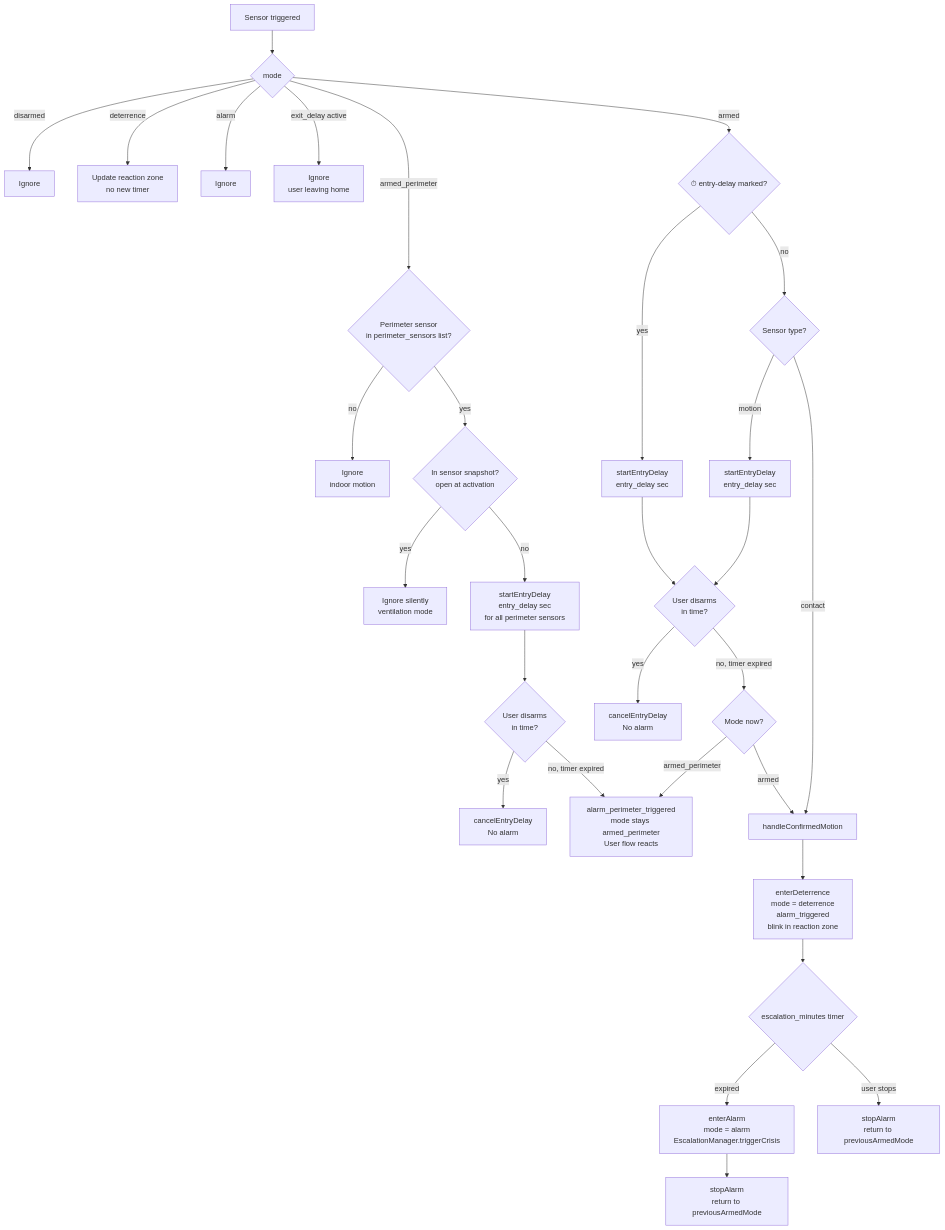
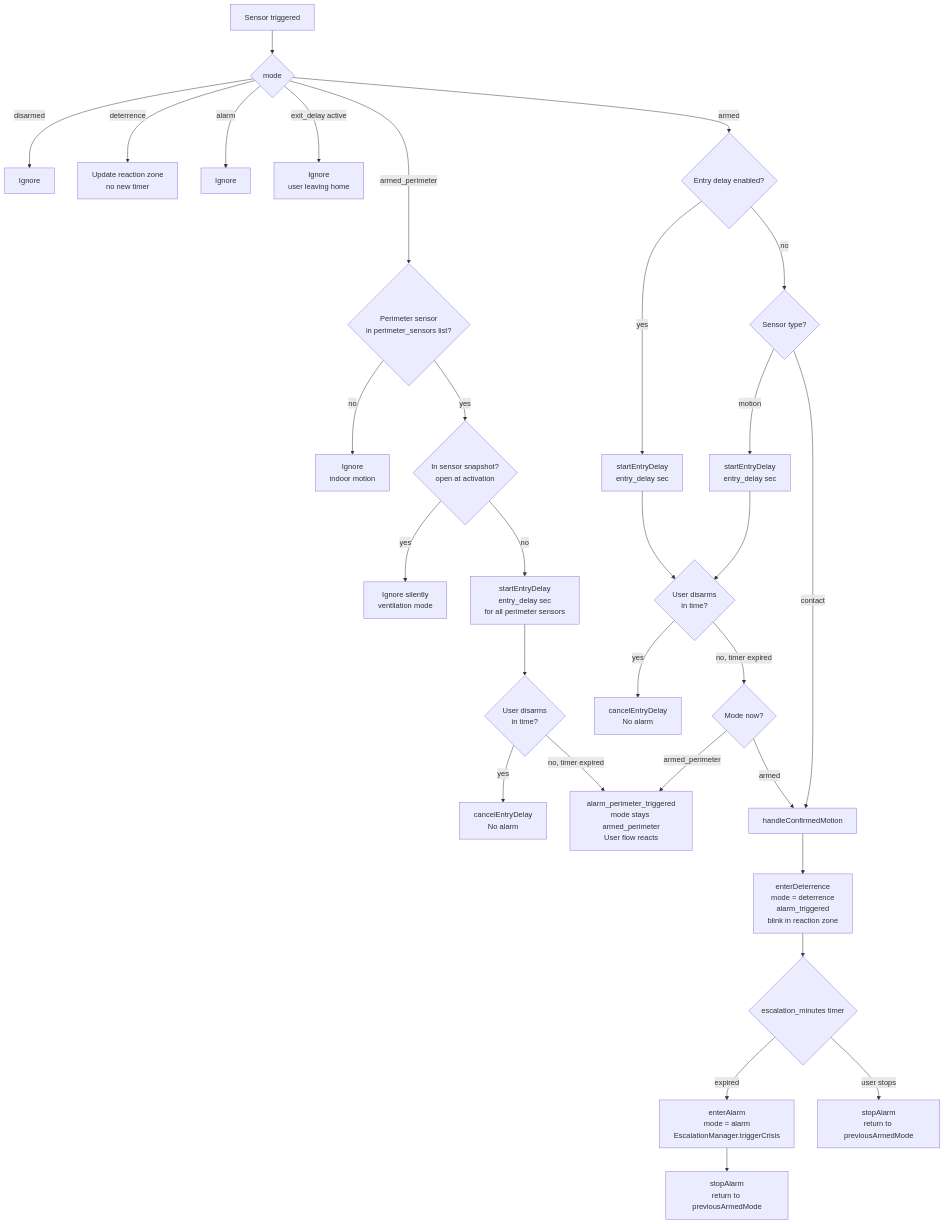
One commit to thomasekdahlN/homey-mccallisterguard changed the third of 6 diagrams in README.md. Above: the diagram before and after it, drawn with Mermaid. The commit also changed other lines of this file and 4 other files, not shown here.

````diff
--- a/README.md
+++ b/README.md
@@ -156,32 +156,32 @@
 ```mermaid
 flowchart TD
   S[Sensor triggered] --> M{mode}
   M -- disarmed --> X1[Ignore]
   M -- deterrence --> X2[Update reaction zone\nno new timer]
   M -- alarm --> X3[Ignore]
   M -- exit_delay active --> X4[Ignore\nuser leaving home]
   M -- armed_perimeter --> SS{Perimeter sensor\nin perimeter_sensors list?}
-  M -- armed --> ED1{⏱ entry-delay marked?}
+  M -- armed --> ED1{Entry delay enabled?}
   SS -- no --> X5[Ignore\nindoor motion]
   SS -- yes --> SNAP{In sensor snapshot?\nopen at activation}
   SNAP -- yes --> X7[Ignore silently\nventilation mode]
   SNAP -- no --> PDELAY[startEntryDelay\nentry_delay sec\nfor all perimeter sensors]
   ED1 -- yes --> DELAY[startEntryDelay\nentry_delay sec]
   ED1 -- no --> MOTION_AWAY{Sensor type?}
   MOTION_AWAY -- motion --> MOT_DELAY[startEntryDelay\nentry_delay sec]
   MOTION_AWAY -- contact --> CONFIRM[handleConfirmedMotion]
   PDELAY --> WAIT_P{User disarms\nin time?}
   WAIT_P -- yes --> X8[cancelEntryDelay\nNo alarm]
   WAIT_P -- no, timer expired --> NOTIFY_STAY[alarm_perimeter_triggered\nmode stays armed_perimeter\nUser flow reacts]
   DELAY --> WAIT{User disarms\nin time?}
   MOT_DELAY --> WAIT
   WAIT -- yes --> X6[cancelEntryDelay\nNo alarm]
   WAIT -- no, timer expired --> CONFIRM2{Mode now?}
   CONFIRM2 -- armed_perimeter --> NOTIFY_STAY
   CONFIRM2 -- armed --> CONFIRM[handleConfirmedMotion]
   CONFIRM --> ENTER_DET[enterDeterrence\nmode = deterrence\nalarm_triggered\nblink in reaction zone]
   ENTER_DET --> TIMER{escalation_minutes timer}
   TIMER -- expired --> ALARM[enterAlarm\nmode = alarm\nEscalationManager.triggerCrisis]
   TIMER -- user stops --> STOP[stopAlarm\nreturn to previousArmedMode]
   ALARM --> STOP2[stopAlarm\nreturn to previousArmedMode]
 ```
````
